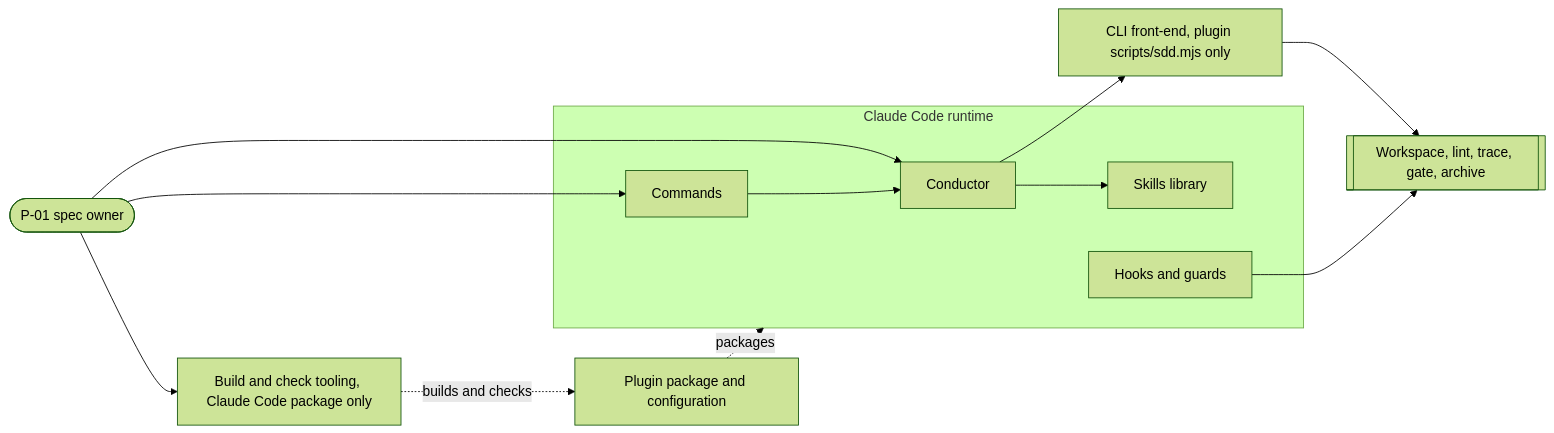
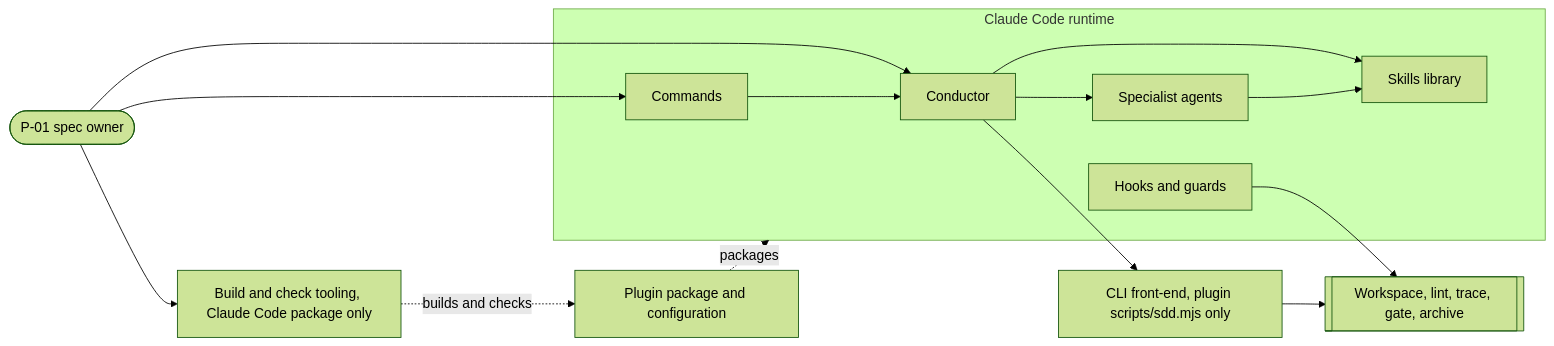
Diagram 15 of 15 in .sdd/002-multi-platform-targets/10-spec/60-architecture/architecture.md (jlacube/spec-architect), drawn with Mermaid (forest theme) before and after one commit. The commit also changed other lines of this file and 41 other files, not shown here.

````diff
--- a/.sdd/002-multi-platform-targets/10-spec/60-architecture/architecture.md
+++ b/.sdd/002-multi-platform-targets/10-spec/60-architecture/architecture.md
@@ -1127,24 +1199,27 @@
 ```mermaid
 flowchart LR
   P01([P-01 spec owner])
   subgraph CCR[Claude Code runtime]
     C002_COMP_014[Conductor]
     C002_COMP_015[Commands]
     C002_COMP_016[Skills library]
+    C002_COMP_019[Specialist agents]
     C002_COMP_012[Hooks and guards]
   end
   C002_COMP_018[CLI front-end, plugin scripts/sdd.mjs only]
   C002_COMP_017[Plugin package and configuration]
   C002_COMP_013[Build and check tooling, Claude Code package only]
   CORE[[Workspace, lint, trace, gate, archive]]
   P01 --> C002_COMP_014
   P01 --> C002_COMP_015
   P01 --> C002_COMP_013
   C002_COMP_015 --> C002_COMP_014
   C002_COMP_014 --> C002_COMP_016
   C002_COMP_014 --> C002_COMP_018
+  C002_COMP_014 --> C002_COMP_019
+  C002_COMP_019 --> C002_COMP_016
   C002_COMP_018 --> CORE
   C002_COMP_012 --> CORE
   C002_COMP_013 -.builds and checks.-> C002_COMP_017
   C002_COMP_017 -.packages.-> CCR
 ```
````
